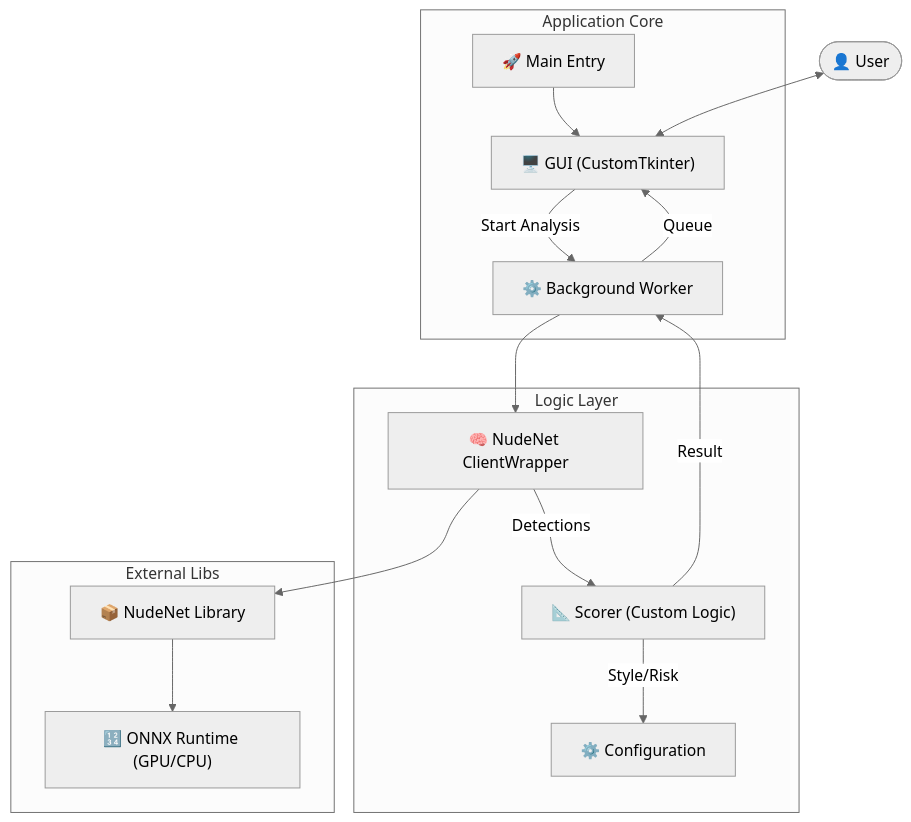
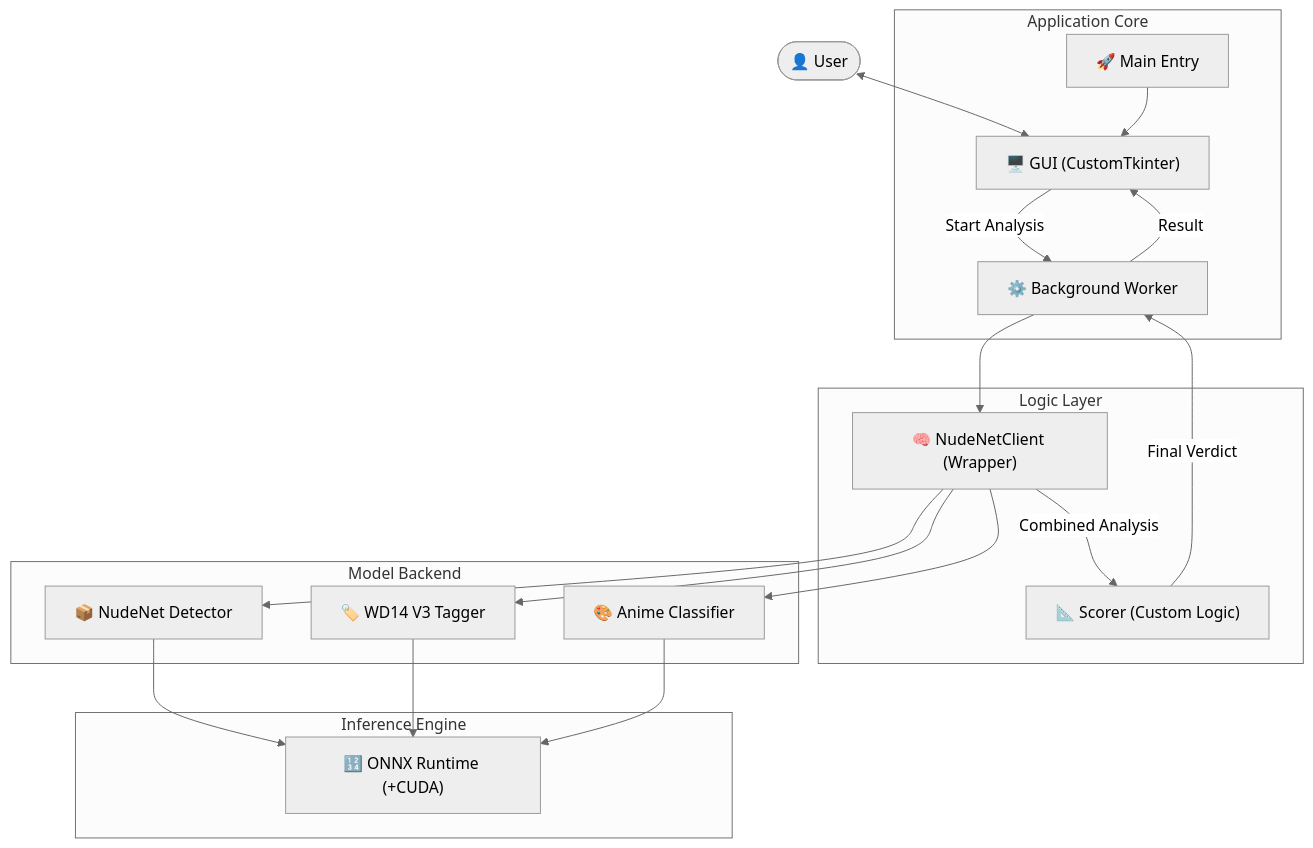
The first of 2 diagrams in README.md (igashira0324/chk-NudeNet-WD14V3-NSFW), drawn with Mermaid (neutral theme) before and after one commit. The commit also changed other lines of this file, not shown here.

````diff
--- a/README.md
+++ b/README.md
@@ -38,31 +41,40 @@
 ```mermaid
 graph TD
     User([👤 User]) <--> GUI
     
     subgraph "Application Core"
         GUI["🖥️ GUI (CustomTkinter)"]
         Main["🚀 Main Entry"]
         Worker["⚙️ Background Worker"]
     end
     
     subgraph "Logic Layer"
-        Client["🧠 NudeNet ClientWrapper"]
+        Client["🧠 NudeNetClient (Wrapper)"]
         Scorer["📐 Scorer (Custom Logic)"]
-        Config["⚙️ Configuration"]
     end
     
-    subgraph "External Libs"
-        NudeNet["📦 NudeNet Library"]
-        ONNX["🔢 ONNX Runtime (GPU/CPU)"]
+    subgraph "Model Backend"
+        Det["📦 NudeNet Detector"]
+        Tag["🏷️ WD14 V3 Tagger"]
+        Anime["🎨 Anime Classifier"]
+    end
+    
+    subgraph "Inference Engine"
+        ONNX["🔢 ONNX Runtime (+CUDA)"]
     end
 
     Main --> GUI
     GUI -- "Start Analysis" --> Worker
     Worker --> Client
-    Client --> NudeNet
-    NudeNet --> ONNX
-    Client -- "Detections" --> Scorer
-    Scorer -- "Style/Risk" --> Config
-    Scorer -- "Result" --> Worker
-    Worker -- "Queue" --> GUI
+    Client --> Det
+    Client --> Tag
+    Client --> Anime
+    
+    Det --> ONNX
+    Tag --> ONNX
+    Anime --> ONNX
+    
+    Client -- "Combined Analysis" --> Scorer
+    Scorer -- "Final Verdict" --> Worker
+    Worker -- "Result" --> GUI
 ```
````
